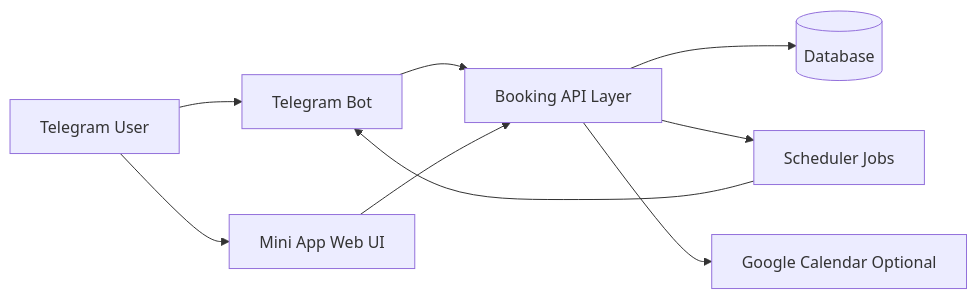
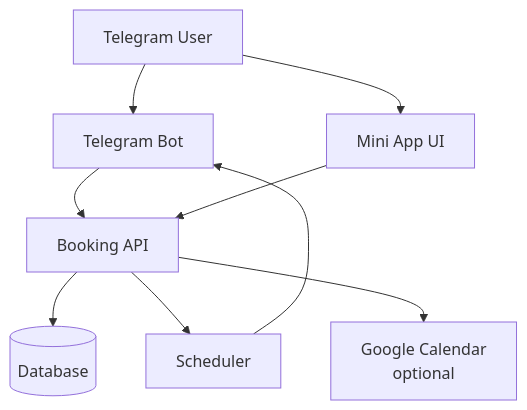
The second of 2 diagrams in README.md (Zirvey/Booking-Telegram-App-Prewiev), drawn with Mermaid before and after one commit. The commit also changed other lines of this file and 13 other files, not shown here.

````diff
--- a/README.md
+++ b/README.md
@@ -90,11 +194,11 @@
 ```mermaid
-flowchart LR
+flowchart TB
     U[Telegram User] --> B[Telegram Bot]
-    U --> W[Mini App Web UI]
-    B --> A[Booking API Layer]
-    W --> A
-    A --> D[(Database)]
-    A --> S[Scheduler Jobs]
-    S --> B
-    A --> G[Google Calendar Optional]
+    U --> W[Mini App UI]
+    B --> API[Booking API]
+    W --> API
+    API --> DB[(Database)]
+    API --> SCH[Scheduler]
+    SCH --> B
+    API --> GCAL[Google Calendar<br/>optional]
 ```
````
